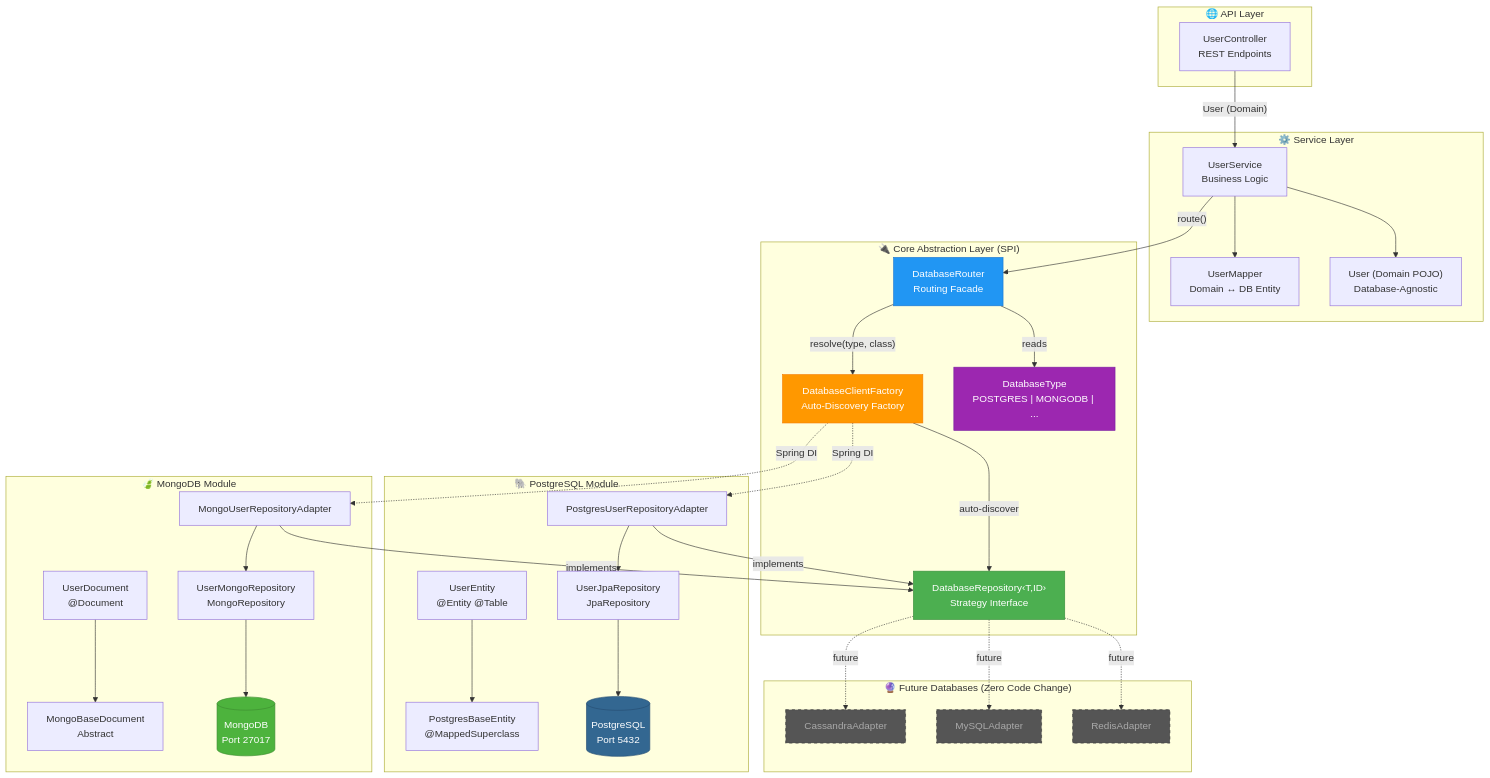
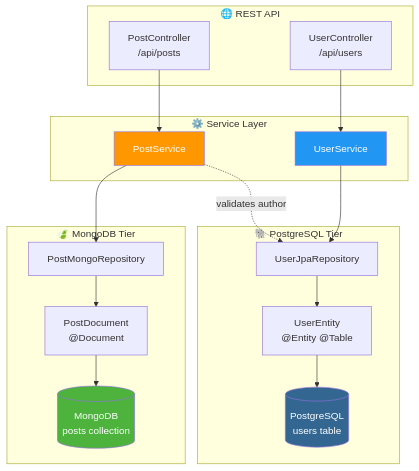
Before and after one commit to tapeshchavle/twotier-db: the first of 7 diagrams in README.md, drawn with Mermaid. The commit also changed other lines of this file and 21 other files, not shown here.

````diff
--- a/README.md
+++ b/README.md
@@ -103,77 +30,37 @@
 ```mermaid
 graph TB
-    subgraph "🌐 API Layer"
-        CTRL["UserController<br>REST Endpoints"]
+    subgraph "🌐 REST API"
+        UC["UserController<br>/api/users"]
+        PC["PostController<br>/api/posts"]
     end
 
     subgraph "⚙️ Service Layer"
-        SVC["UserService<br>Business Logic"]
-        MAP["UserMapper<br>Domain ↔ DB Entity"]
-        USER_MODEL["User (Domain POJO)<br>Database-Agnostic"]
+        US["UserService"]
+        PS["PostService"]
     end
 
-    subgraph "🔌 Core Abstraction Layer (SPI)"
-        ROUTER["DatabaseRouter<br>Routing Facade"]
-        FACTORY["DatabaseClientFactory<br>Auto-Discovery Factory"]
-        REPO["DatabaseRepository‹T,ID›<br>Strategy Interface"]
-        DBTYPE["DatabaseType<br>POSTGRES | MONGODB | ..."]
+    subgraph "🐘 PostgreSQL Tier"
+        UJR["UserJpaRepository"]
+        UE["UserEntity<br>@Entity @Table"]
+        PG[("PostgreSQL<br>users table")]
     end
 
-    subgraph "🐘 PostgreSQL Module"
-        PG_ADAPTER["PostgresUserRepositoryAdapter"]
-        PG_BASE["PostgresBaseEntity<br>@MappedSuperclass"]
-        PG_ENTITY["UserEntity<br>@Entity @Table"]
-        PG_JPA["UserJpaRepository<br>JpaRepository"]
-        PG[("PostgreSQL<br>Port 5432")]
+    subgraph "🍃 MongoDB Tier"
+        PMR["PostMongoRepository"]
+        PD["PostDocument<br>@Document"]
+        MONGO[("MongoDB<br>posts collection")]
     end
 
-    subgraph "🍃 MongoDB Module"
-        MONGO_ADAPTER["MongoUserRepositoryAdapter"]
-        MONGO_BASE["MongoBaseDocument<br>Abstract"]
-        MONGO_DOC["UserDocument<br>@Document"]
-        MONGO_REPO["UserMongoRepository<br>MongoRepository"]
-        MONGO[("MongoDB<br>Port 27017")]
-    end
+    UC --> US
+    PC --> PS
+    US --> UJR
+    PS --> PMR
+    PS -.->|"validates author"| UJR
+    UJR --> UE --> PG
+    PMR --> PD --> MONGO
 
-    subgraph "🔮 Future Databases (Zero Code Change)"
-        CASS["CassandraAdapter"]
-        MYSQL["MySQLAdapter"]
-        REDIS["RedisAdapter"]
-    end
-
-    CTRL -->|"User (Domain)"| SVC
-    SVC --> MAP
-    SVC --> USER_MODEL
-    SVC -->|"route()"| ROUTER
-    ROUTER -->|"resolve(type, class)"| FACTORY
-    FACTORY -->|"auto-discover"| REPO
-    FACTORY -.->|"Spring DI"| PG_ADAPTER
-    FACTORY -.->|"Spring DI"| MONGO_ADAPTER
-
-    PG_ADAPTER -->|"implements"| REPO
-    MONGO_ADAPTER -->|"implements"| REPO
-
-    PG_ADAPTER --> PG_JPA
-    PG_JPA --> PG
-    PG_ENTITY --> PG_BASE
-
-    MONGO_ADAPTER --> MONGO_REPO
-    MONGO_REPO --> MONGO
-    MONGO_DOC --> MONGO_BASE
-
-    REPO -.->|"future"| CASS
-    REPO -.->|"future"| MYSQL
-    REPO -.->|"future"| REDIS
-
-    ROUTER -->|"reads"| DBTYPE
-
-    style REPO fill:#4CAF50,color:#fff,stroke:#388E3C
-    style ROUTER fill:#2196F3,color:#fff,stroke:#1976D2
-    style FACTORY fill:#FF9800,color:#fff,stroke:#F57C00
-    style PG fill:#336791,color:#fff,stroke:#264D73
-    style MONGO fill:#4DB33D,color:#fff,stroke:#3D8C2F
-    style DBTYPE fill:#9C27B0,color:#fff,stroke:#7B1FA2
-    style CASS fill:#555,color:#aaa,stroke:#333,stroke-dasharray: 5 5
-    style MYSQL fill:#555,color:#aaa,stroke:#333,stroke-dasharray: 5 5
-    style REDIS fill:#555,color:#aaa,stroke:#333,stroke-dasharray: 5 5
+    style PG fill:#336791,color:#fff
+    style MONGO fill:#4DB33D,color:#fff
+    style US fill:#2196F3,color:#fff
+    style PS fill:#FF9800,color:#fff
 ```
````
